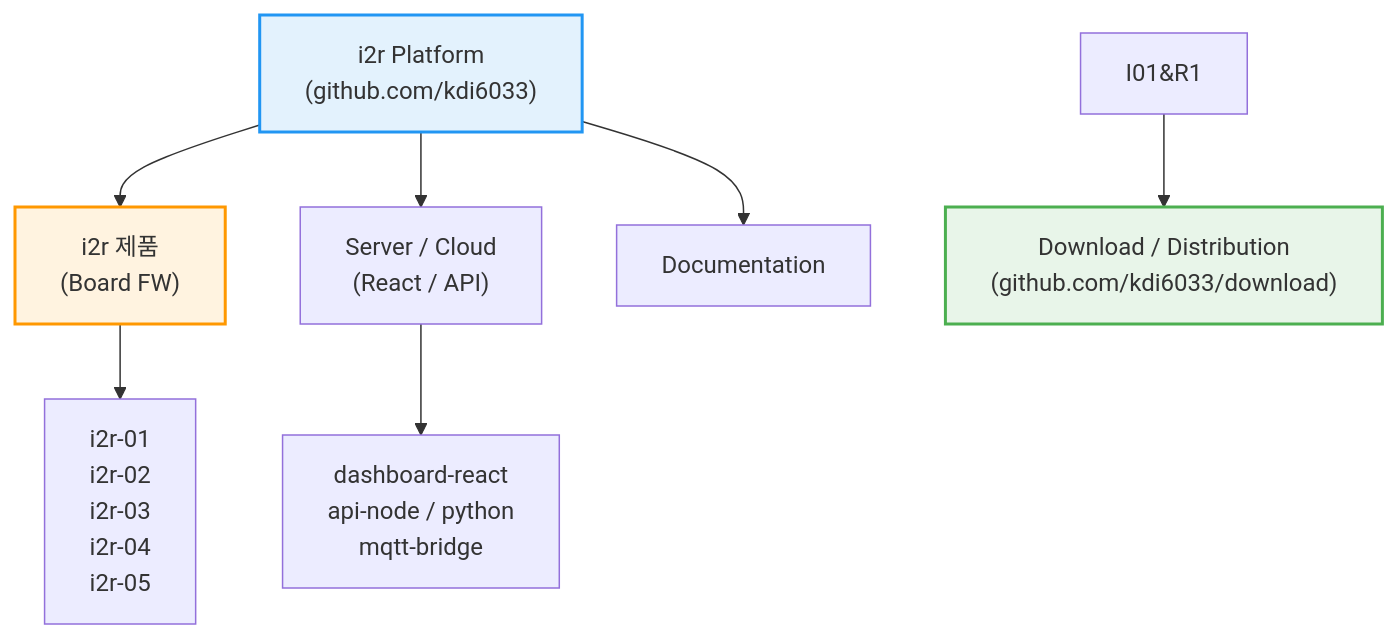
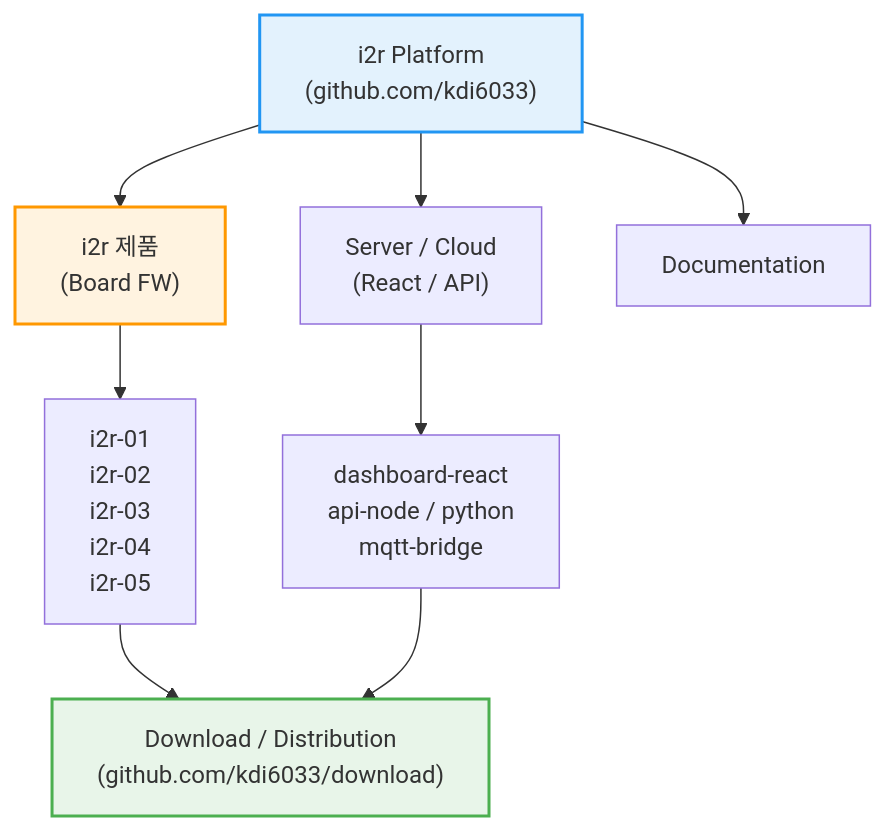
Before and after one commit to kdi6033/kdi6033: the first of 2 diagrams in README.md, drawn with Mermaid.

Commit message:
Fix download link references in README

````diff
--- a/README.md
+++ b/README.md
@@ -61,21 +61,22 @@
 ```mermaid
 graph TD
     %% Main Platform
     MAIN["i2r Platform<br/>(github.com/kdi6033)"] --> FW["i2r 제품<br/>(Board FW)"]
     MAIN --> CLOUD["Server / Cloud<br/>(React / API)"]
     MAIN --> DOCS["Documentation"]
 
     %% Firmware Branch
     FW --> I01[i2r-01<br/>i2r-02<br/>i2r-03<br/>i2r-04<br/>i2r-05]
     
     %% Cloud Branch
     CLOUD --> R1[dashboard-react<br/>api-node / python<br/>mqtt-bridge]
 
     %% Download Center (Linked from FW)
-    I01&R1 --> DL["Download / Distribution<br/>(github.com/kdi6033/download)"]
+    I01 --> DL["Download / Distribution<br/>(github.com/kdi6033/download)"]
+    R1 --> DL["Download / Distribution<br/>(github.com/kdi6033/download)"]
 
     %% Styling
     style MAIN fill:#E3F2FD,stroke:#2196F3,stroke-width:2px
     style FW fill:#FFF3E0,stroke:#FF9800,stroke-width:2px
     style DL fill:#E8F5E9,stroke:#4CAF50,stroke-width:2px
 ```
````
